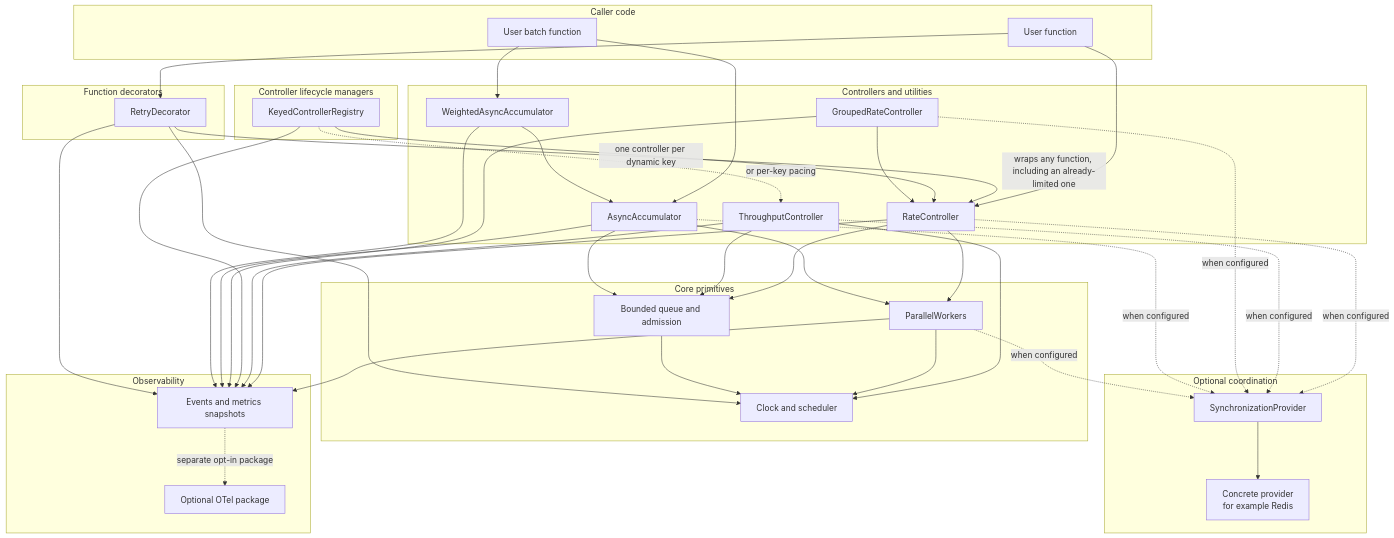
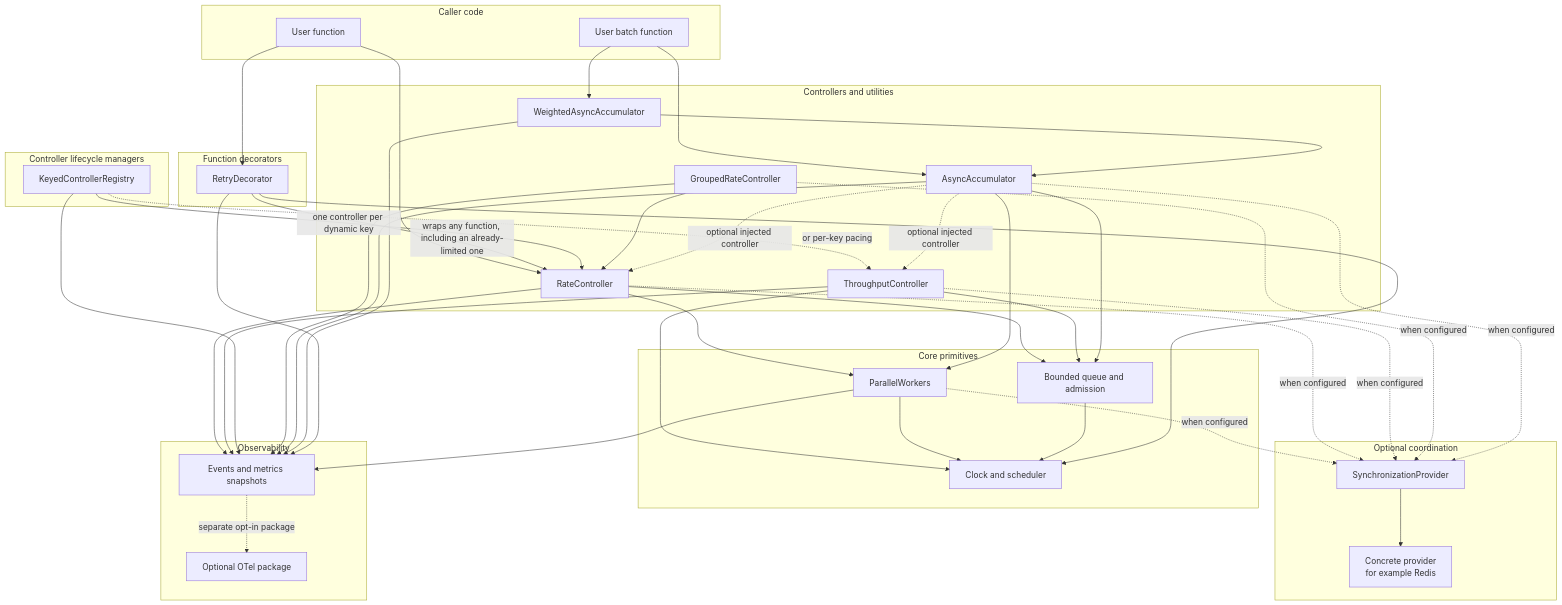
Before and after one commit to MatanelGordon/Limitful: the first of 5 diagrams in docs/architecture.md, drawn with Mermaid. The commit also changed other lines of this file and 19 other files, not shown here.

````diff
--- a/docs/architecture.md
+++ b/docs/architecture.md
@@ -26,76 +26,78 @@
 ```mermaid
 flowchart TD
   subgraph Caller["Caller code"]
     UF["User function"]
     UBF["User batch function"]
   end
 
   subgraph Wrappers["Function decorators"]
     RD["RetryDecorator"]
   end
 
   subgraph Registries["Controller lifecycle managers"]
     KCR["KeyedControllerRegistry"]
   end
 
   subgraph Utilities["Controllers and utilities"]
     RC["RateController"]
     TC["ThroughputController"]
     GRC["GroupedRateController"]
     AA["AsyncAccumulator"]
     WAA["WeightedAsyncAccumulator"]
   end
 
   subgraph Primitives["Core primitives"]
     PW["ParallelWorkers"]
     BQ["Bounded queue and admission"]
     CLK["Clock and scheduler"]
   end
 
   subgraph Coordination["Optional coordination"]
     SP["SynchronizationProvider"]
     RP["Concrete provider\nfor example Redis"]
   end
 
   subgraph Observability["Observability"]
     EV["Events and metrics snapshots"]
     OTEL["Optional OTel package"]
   end
 
   UF --> RD
   UF --> RC
   UBF --> AA
   UBF --> WAA
 
   RD -->|"wraps any function, including an already-limited one"| RC
   KCR -->|"one controller per dynamic key"| RC
   KCR -.->|"or per-key pacing"| TC
   GRC --> RC
   RC --> PW
   RC --> BQ
   TC --> BQ
   TC --> CLK
   AA --> PW
   AA --> BQ
+  AA -.->|"optional injected controller"| RC
+  AA -.->|"optional injected controller"| TC
   WAA --> AA
   PW --> CLK
   BQ --> CLK
   RD --> CLK
 
   RC -.->|"when configured"| SP
   TC -.->|"when configured"| SP
   GRC -.->|"when configured"| SP
   AA -.->|"when configured"| SP
   PW -.->|"when configured"| SP
   SP --> RP
 
   RC --> EV
   TC --> EV
   KCR --> EV
   GRC --> EV
   AA --> EV
   WAA --> EV
   PW --> EV
   RD --> EV
   EV -.->|"separate opt-in package"| OTEL
 ```
````
